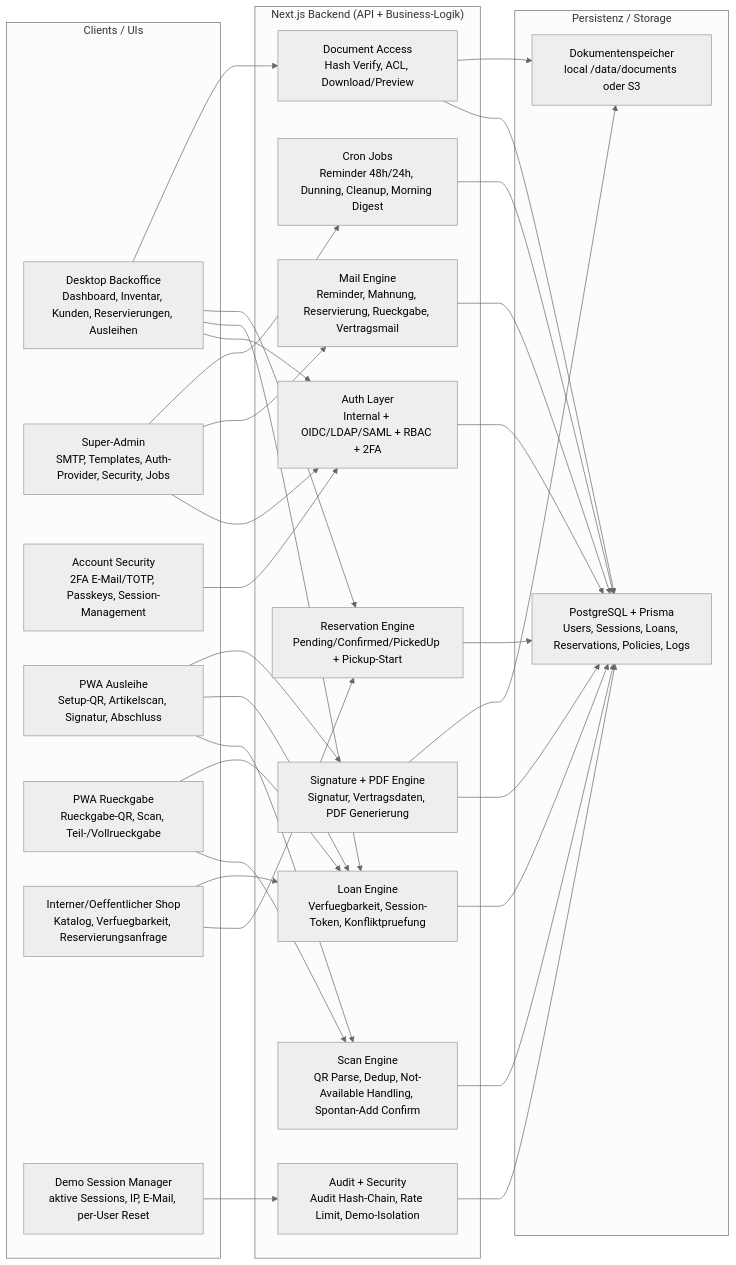
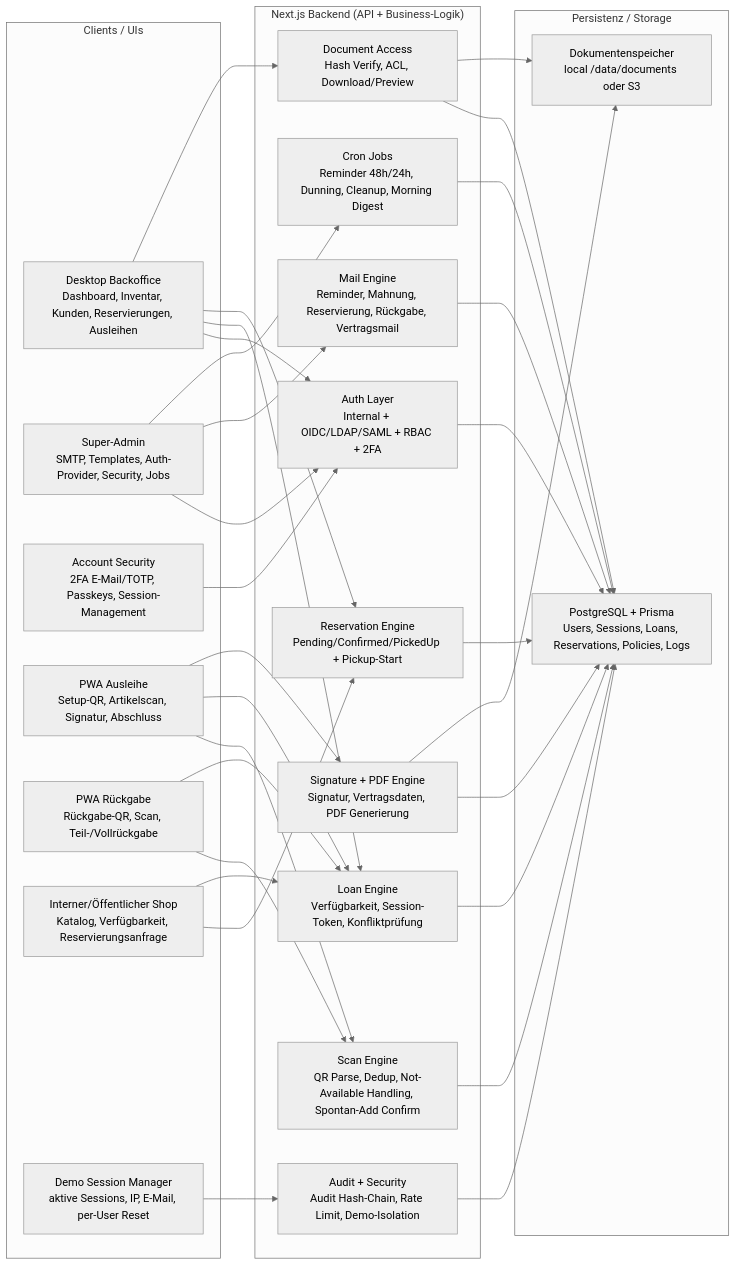
The first of 3 diagrams in README.md (bjoernch/EquipTrackr-docs), drawn with Mermaid (neutral theme) before and after one commit. The commit also changed other lines of this file and 2 other files, not shown here.

````diff
--- a/README.md
+++ b/README.md
@@ -43,58 +43,58 @@
 ```mermaid
 flowchart LR
   subgraph Clients["Clients / UIs"]
     D1["Desktop Backoffice<br/>Dashboard, Inventar, Kunden, Reservierungen, Ausleihen"]
     D2["Super-Admin<br/>SMTP, Templates, Auth-Provider, Security, Jobs"]
     D3["Account Security<br/>2FA E-Mail/TOTP, Passkeys, Session-Management"]
     M1["PWA Ausleihe<br/>Setup-QR, Artikelscan, Signatur, Abschluss"]
-    M2["PWA Rueckgabe<br/>Rueckgabe-QR, Scan, Teil-/Vollrueckgabe"]
-    S1["Interner/Oeffentlicher Shop<br/>Katalog, Verfuegbarkeit, Reservierungsanfrage"]
+    M2["PWA Rückgabe<br/>Rückgabe-QR, Scan, Teil-/Vollrückgabe"]
+    S1["Interner/Öffentlicher Shop<br/>Katalog, Verfügbarkeit, Reservierungsanfrage"]
     DM["Demo Session Manager<br/>aktive Sessions, IP, E-Mail, per-User Reset"]
   end
 
   subgraph Backend["Next.js Backend (API + Business-Logik)"]
     A1["Auth Layer<br/>Internal + OIDC/LDAP/SAML + RBAC + 2FA"]
-    A2["Loan Engine<br/>Verfuegbarkeit, Session-Token, Konfliktpruefung"]
+    A2["Loan Engine<br/>Verfügbarkeit, Session-Token, Konfliktprüfung"]
     A3["Reservation Engine<br/>Pending/Confirmed/PickedUp + Pickup-Start"]
     A4["Scan Engine<br/>QR Parse, Dedup, Not-Available Handling, Spontan-Add Confirm"]
     A5["Signature + PDF Engine<br/>Signatur, Vertragsdaten, PDF Generierung"]
     A6["Document Access<br/>Hash Verify, ACL, Download/Preview"]
-    A7["Mail Engine<br/>Reminder, Mahnung, Reservierung, Rueckgabe, Vertragsmail"]
+    A7["Mail Engine<br/>Reminder, Mahnung, Reservierung, Rückgabe, Vertragsmail"]
     A8["Cron Jobs<br/>Reminder 48h/24h, Dunning, Cleanup, Morning Digest"]
     A9["Audit + Security<br/>Audit Hash-Chain, Rate Limit, Demo-Isolation"]
   end
 
   subgraph Storage["Persistenz / Storage"]
     P1["PostgreSQL + Prisma<br/>Users, Sessions, Loans, Reservations, Policies, Logs"]
     P2["Dokumentenspeicher<br/>local /data/documents oder S3"]
   end
 
   D1 --> A1
   D1 --> A2
   D1 --> A3
   D1 --> A6
   D2 --> A1
   D2 --> A7
   D2 --> A8
   D3 --> A1
   M1 --> A4
   M1 --> A2
   M1 --> A5
   M2 --> A4
   M2 --> A2
   S1 --> A3
   S1 --> A2
   DM --> A9
 
   A1 --> P1
   A2 --> P1
   A3 --> P1
   A4 --> P1
   A5 --> P1
   A5 --> P2
   A6 --> P1
   A6 --> P2
   A7 --> P1
   A8 --> P1
   A9 --> P1
 ```
````
